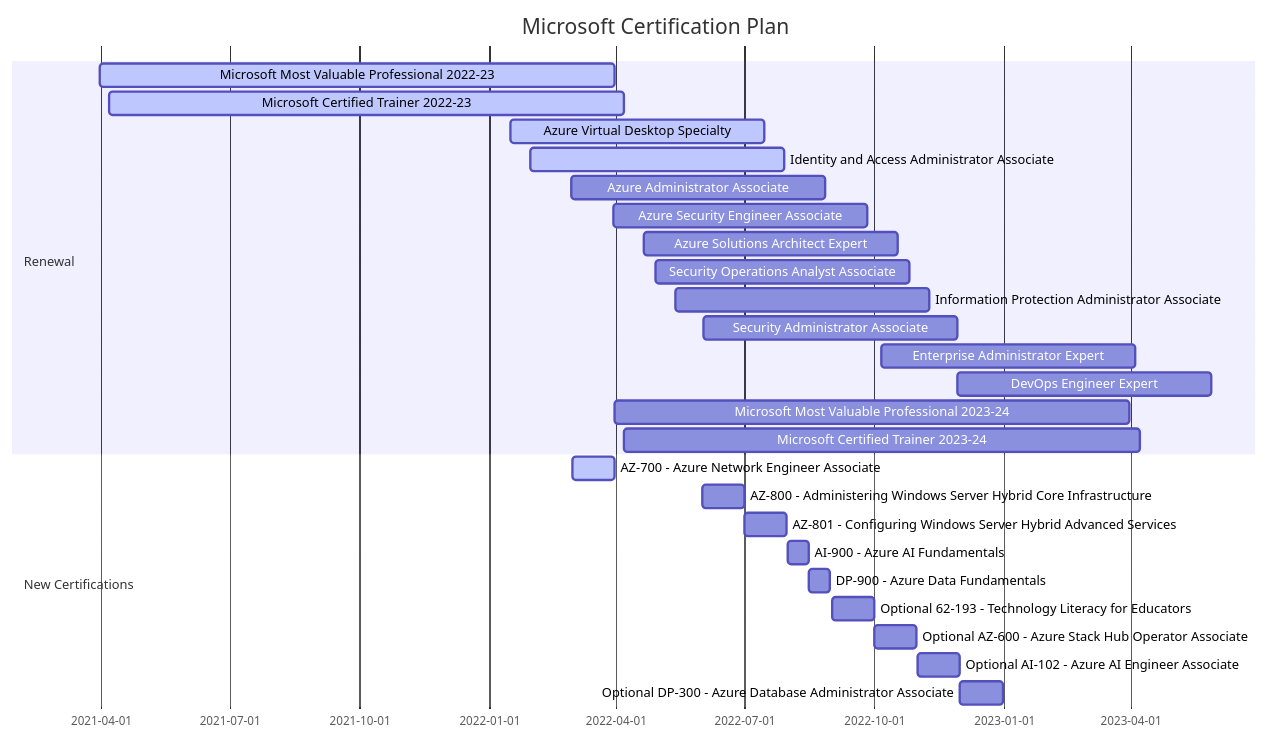
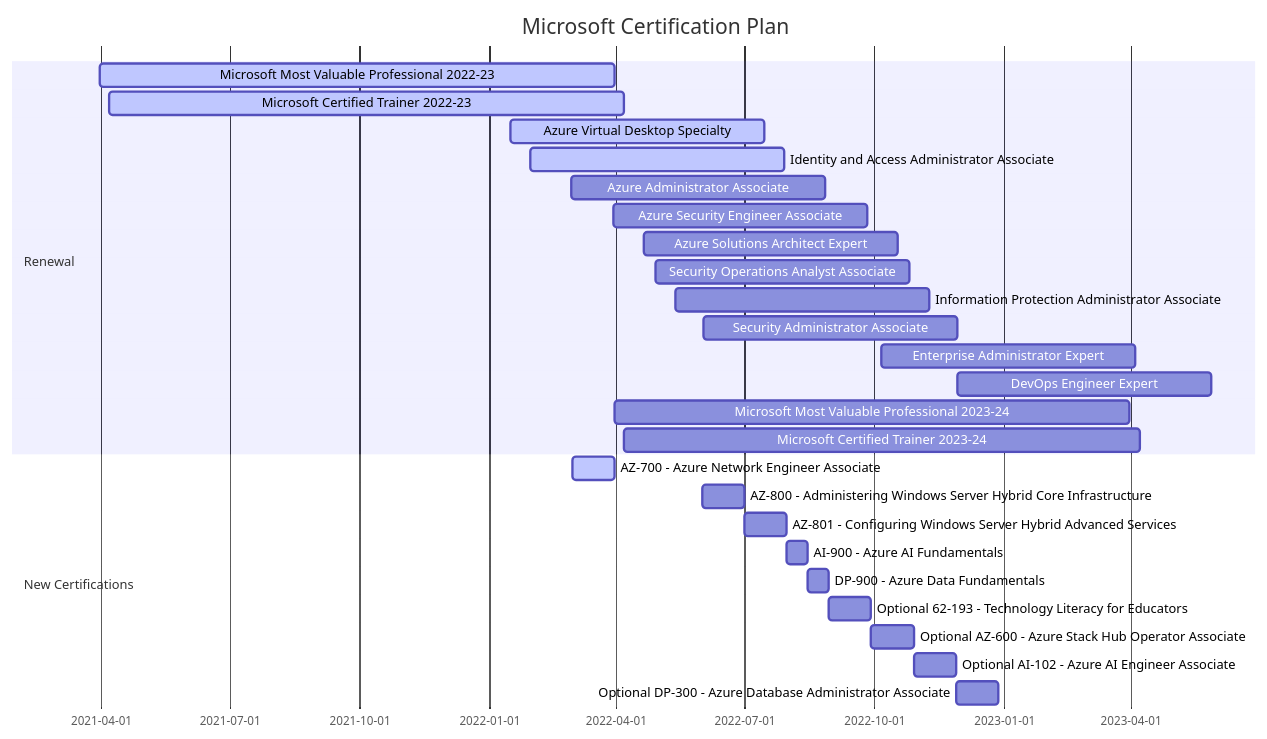
The diagram in README.md (vukasinterzic/vukasinterzic), drawn with Mermaid before and after one commit.

Commit message:
chart dependencies instead of dates

````diff
--- a/README.md
+++ b/README.md
@@ -38,31 +38,31 @@
 ```mermaid
     gantt
     title Microsoft Certification Plan
     dateFormat  YYYY-MM-DD
     section Renewal
     Microsoft Most Valuable Professional 2022-23    :active, 2021-03-31, 365d
     Microsoft Certified Trainer 2022-23             :active, 2021-04-07, 365d
     Azure Virtual Desktop Specialty                 :active, 2022-01-16, 180d
     Identity and Access Administrator Associate     :active, 2022-01-30, 180d
     Azure Administrator Associate                   :a2, 2022-02-28, 180d
     Azure Security Engineer Associate               :a3, 2022-03-30, 180d
     Azure Solutions Architect Expert                :a4, 2022-04-21, 180d
     Security Operations Analyst Associate           :a5, 2022-04-29, 180d
     Information Protection Administrator Associate  :a6, 2022-05-13, 180d
     Security Administrator Associate                :a7, 2022-06-02, 180d
     Enterprise Administrator Expert                 :a8, 2022-10-06, 180d
     DevOps Engineer Expert                          :a9, 2022-11-29, 180d
     Microsoft Most Valuable Professional 2023-24    :a10, 2022-03-31, 365d
     Microsoft Certified Trainer 2023-24             :a11, 2022-04-07, 365d
 
     section New Certifications
     AZ-700 - Azure Network Engineer Associate       :active, 2022-03-01, 30d
     AZ-800 - Administering Windows Server Hybrid Core Infrastructure    :a12, 2022-06-01, 30d
-    AZ-801 - Configuring Windows Server Hybrid Advanced Services        :a13, 2022-07-01, 30d
-    AI-900 - Azure AI Fundamentals                                      :a14, 2022-08-01, 15d
-    DP-900 - Azure Data Fundamentals                                    :a15, 2022-08-16, 15d
-    Optional 62-193 - Technology Literacy for Educators                 :a16, 2022-09-01, 30d
-    Optional AZ-600 - Azure Stack Hub Operator Associate                :a17, 2022-10-01, 30d
-    Optional AI-102 - Azure AI Engineer Associate                       :a18, 2022-11-01, 30d
-    Optional DP-300 - Azure Database Administrator Associate            :a19, 2022-12-01, 30d
+    AZ-801 - Configuring Windows Server Hybrid Advanced Services        :a13, after a12, 30d
+    AI-900 - Azure AI Fundamentals                                      :a14, after a13, 15d
+    DP-900 - Azure Data Fundamentals                                    :a15, after a14, 15d
+    Optional 62-193 - Technology Literacy for Educators                 :a16, after a15, 30d
+    Optional AZ-600 - Azure Stack Hub Operator Associate                :a17, after a16, 30d
+    Optional AI-102 - Azure AI Engineer Associate                       :a18, after a17, 30d
+    Optional DP-300 - Azure Database Administrator Associate            :a19, after a18, 30d
 ```
````
